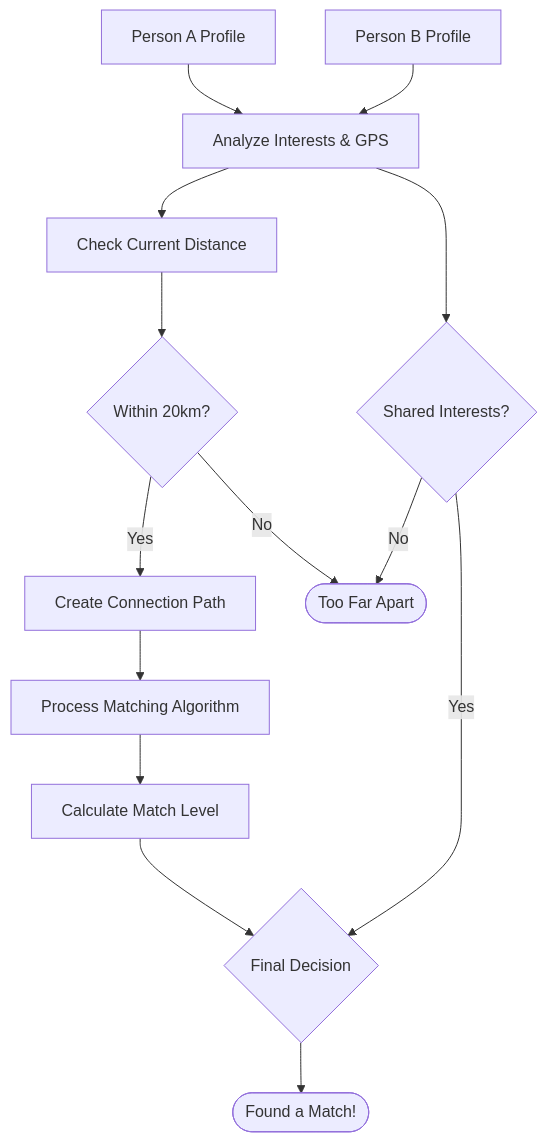
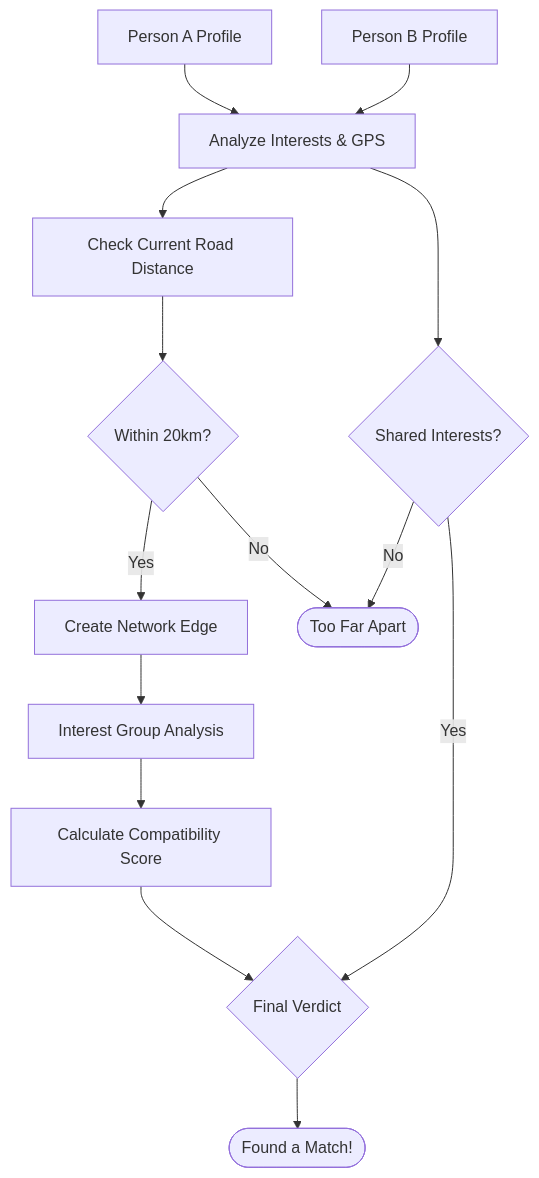
One commit to Akash-Veerla/Demographic changed the fourth of 9 diagrams in docs/DIAGRAMS.md. Above: the diagram before and after it, drawn with Mermaid. The commit also changed other lines of this file, not shown here.

Commit message:
docs: Introduce detailed architecture, data structure, and process diagrams for the KON-NECT application.

````diff
--- a/docs/DIAGRAMS.md
+++ b/docs/DIAGRAMS.md
@@ -121,21 +134,21 @@
 ```mermaid
 graph TD
     U1[Person A Profile] --> Data[Analyze Interests & GPS]
     U2[Person B Profile] --> Data
     
-    Data --> Distance[Check Current Distance]
+    Data --> Distance[Check Current Road Distance]
     Distance --> Range{Within 20km?}
     
-    Range -- "Yes" --> Link[Create Connection Path]
+    Range -- "Yes" --> Link[Create Network Edge]
     Range -- "No" --> NoMatch([Too Far Apart])
     
-    Link --> Algorithm[Process Matching Algorithm]
-    Algorithm --> Score[Calculate Match Level]
-    Score --> Logic{Final Decision}
+    Link --> Algorithm[Interest Group Analysis]
+    Algorithm --> Score[Calculate Compatibility Score]
+    Score --> Logic{Final Verdict}
     
     Data --> Common{Shared Interests?}
     Common -- "Yes" --> Logic
     Common -- "No" --> NoMatch
     
     Logic --> Match([Found a Match!])
 ```
````
